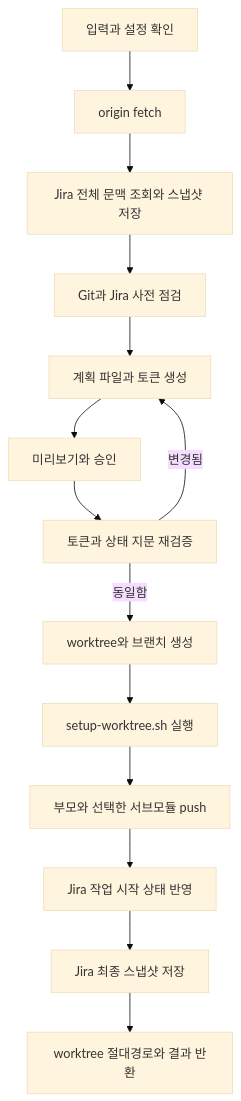
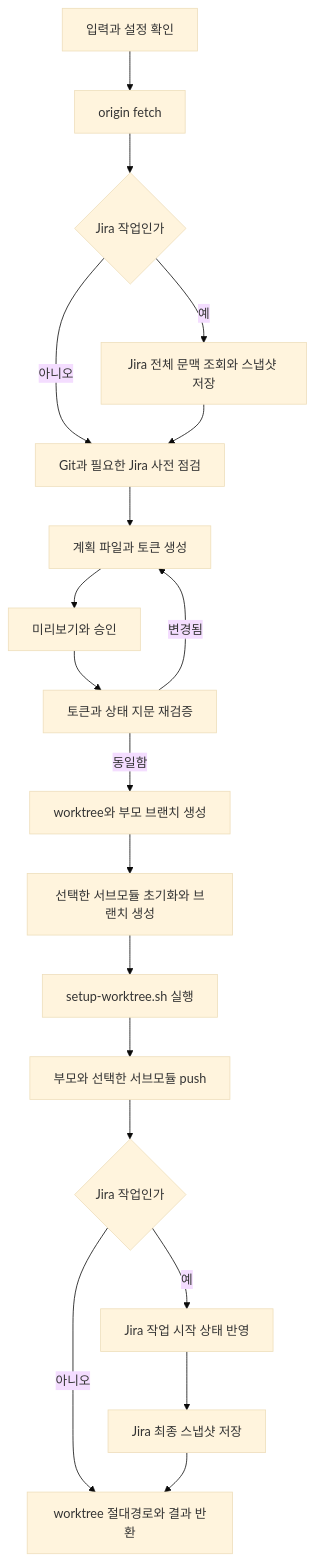
One commit to silee-tools/cli changed the first of 2 diagrams in docs/superpowers/specs/2026-07-14-oma-prep-design.md. Above: the diagram before and after it, drawn with Mermaid (base theme). The commit also changed other lines of this file and 3 other files, not shown here.

````diff
--- a/docs/superpowers/specs/2026-07-14-oma-prep-design.md
+++ b/docs/superpowers/specs/2026-07-14-oma-prep-design.md
@@ -148,16 +121,22 @@
 ```mermaid
 flowchart TD
     A[입력과 설정 확인] --> B[origin fetch]
-    B --> C[Jira 전체 문맥 조회와 스냅샷 저장]
-    C --> D[Git과 Jira 사전 점검]
+    B --> C{Jira 작업인가}
+    C -->|예| C1[Jira 전체 문맥 조회와 스냅샷 저장]
+    C -->|아니오| D
+    C1 --> D
+    D[Git과 필요한 Jira 사전 점검]
     D --> E[계획 파일과 토큰 생성]
     E --> F[미리보기와 승인]
     F --> G[토큰과 상태 지문 재검증]
     G -->|변경됨| E
-    G -->|동일함| H[worktree와 브랜치 생성]
-    H --> I[setup-worktree.sh 실행]
+    G -->|동일함| H[worktree와 부모 브랜치 생성]
+    H --> H1[선택한 서브모듈 초기화와 브랜치 생성]
+    H1 --> I[setup-worktree.sh 실행]
     I --> J[부모와 선택한 서브모듈 push]
-    J --> K[Jira 작업 시작 상태 반영]
+    J --> N{Jira 작업인가}
+    N -->|아니오| M
+    N -->|예| K[Jira 작업 시작 상태 반영]
     K --> L[Jira 최종 스냅샷 저장]
     L --> M[worktree 절대경로와 결과 반환]
 ```
````
